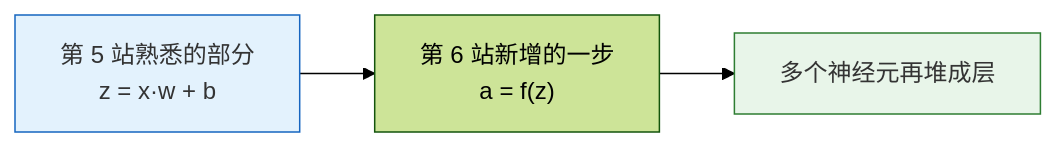
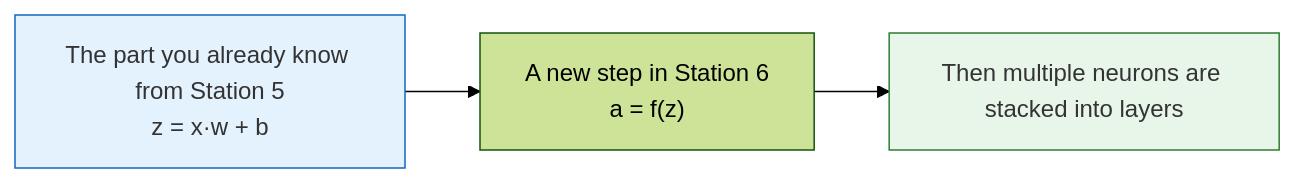
One commit to oudbiao/AI-fullstack-course changed the second of 5 diagrams in docs/ch06-deep-learning/ch01-nn-basics/01-neurons-activation.md. Above: the diagram before and after it, drawn with Mermaid (forest theme). The commit also changed other lines of this file and 1406 other files, not shown here.

````diff
--- a/docs/ch06-deep-learning/ch01-nn-basics/01-neurons-activation.md
+++ b/docs/ch06-deep-learning/ch01-nn-basics/01-neurons-activation.md
@@ -113,8 +113,8 @@
 ```mermaid
 flowchart LR
-    A["第 5 站熟悉的部分<br/>z = x·w + b"] --> B["第 6 站新增的一步<br/>a = f(z)"]
-    B --> C["多个神经元再堆成层"]
+    A["The part you already know from Station 5<br/>z = x·w + b"] --> B["A new step in Station 6<br/>a = f(z)"]
+    B --> C["Then multiple neurons are stacked into layers"]
 
     style A fill:#e3f2fd,stroke:#1565c0,color:#333
     style C fill:#e8f5e9,stroke:#2e7d32,color:#333
 ```
````
